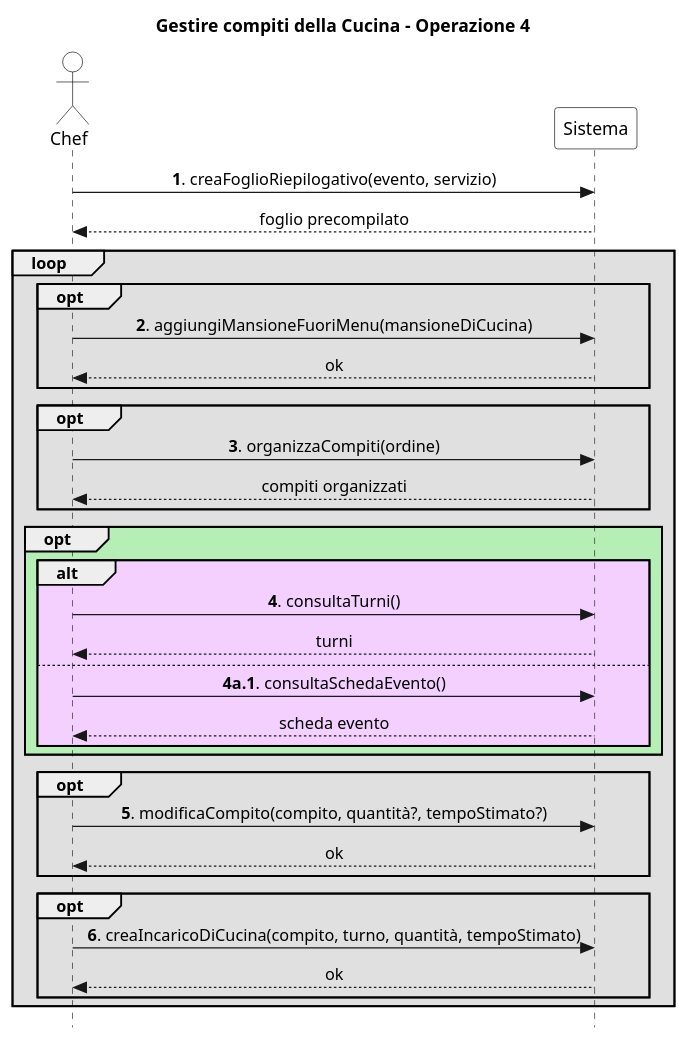
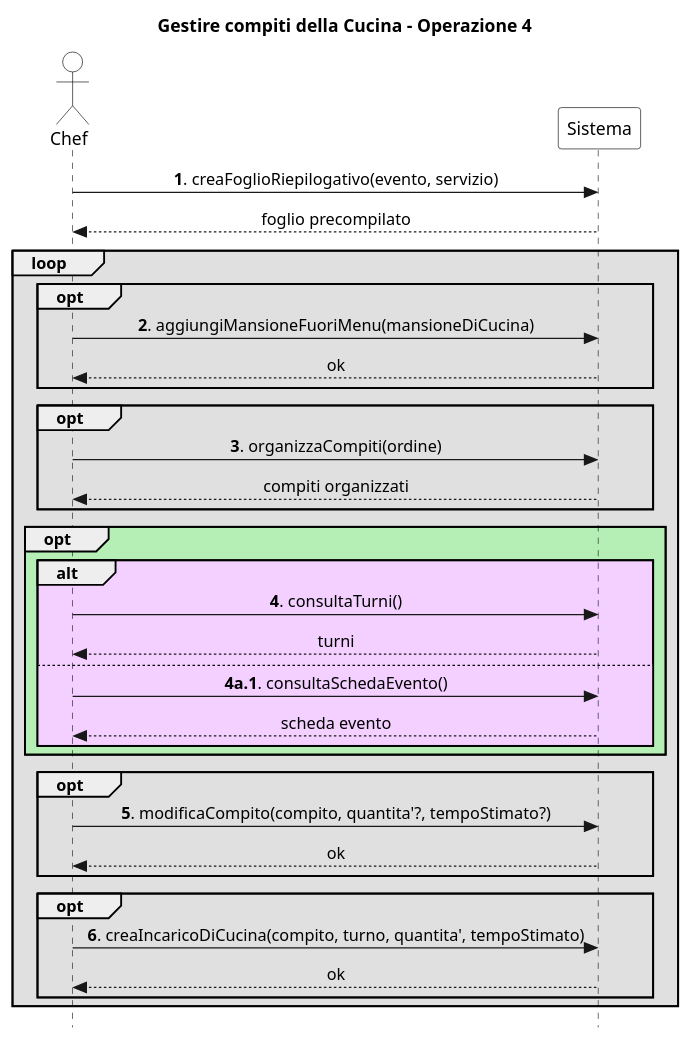
One commit to stefa168/sas-project changed the diagram in UP/Requisiti/UC Gestire Compiti Cucina/SSD/Estensioni-Eccezioni Op4.puml. Above: the diagram before and after it, drawn with PlantUML. The commit also changed 6 other files, not shown here.

```diff
--- a/UP/Requisiti/UC Gestire Compiti Cucina/SSD/Estensioni-Eccezioni Op4.puml
+++ b/UP/Requisiti/UC Gestire Compiti Cucina/SSD/Estensioni-Eccezioni Op4.puml
@@ -1,54 +1,54 @@
 @startuml
 skinparam Style strictuml
 skinparam SequenceMessageAlign center
 
 skinparam sequence {
     ActorBorderColor Black
     ActorBackgroundColor White
     ParticipantBorderColor Black
     ParticipantBackgroundColor White
 }
 
 actor Chef
 participant Sistema
 
 title Gestire compiti della Cucina - Operazione 4
 
 Chef -> Sistema: **1**. creaFoglioRiepilogativo(evento, servizio)
 return foglio precompilato
 
 loop #e0e0e0
     opt #e0e0e0
         Chef -> Sistema: **2**. aggiungiMansioneFuoriMenu(mansioneDiCucina)
         return ok
     end
 
     opt #e0e0e0
         Chef -> Sistema: **3**. organizzaCompiti(ordine)
         return compiti organizzati
     end
 
     opt #b6efb6
         alt #f3d0ff
             Chef -> Sistema: **4**. consultaTurni()
             return turni
         else
             Chef -> Sistema: **4a.1**. consultaSchedaEvento()
             return scheda evento
         end
     end
 
     opt #e0e0e0
-        Chef -> Sistema: **5**. modificaCompito(compito, quantità?, tempoStimato?)
+        Chef -> Sistema: **5**. modificaCompito(compito, quantita'?, tempoStimato?)
         return ok
     end
 
     opt #e0e0e0
-        Chef -> Sistema: **6**. creaIncaricoDiCucina(compito, turno, quantità, tempoStimato)
+        Chef -> Sistema: **6**. creaIncaricoDiCucina(compito, turno, quantita', tempoStimato)
         return ok
     end
 
 end
 
 
 @enduml
```
